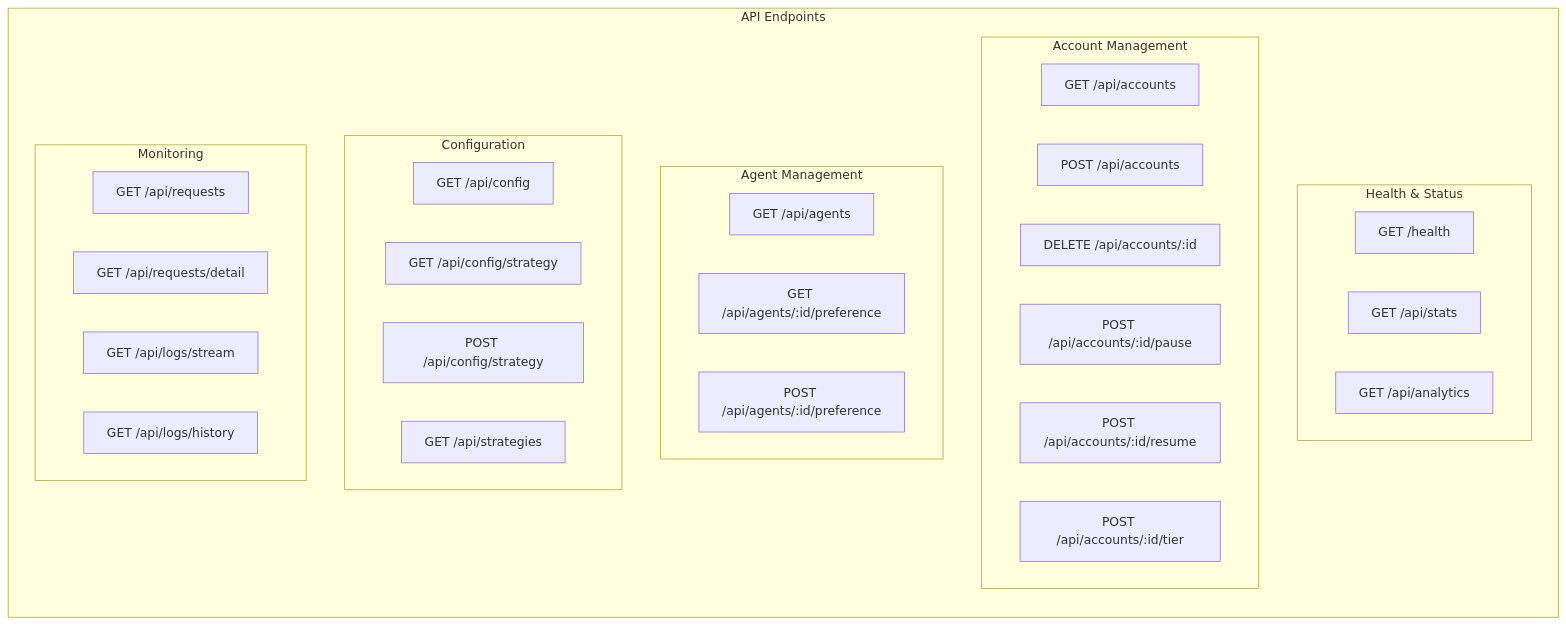
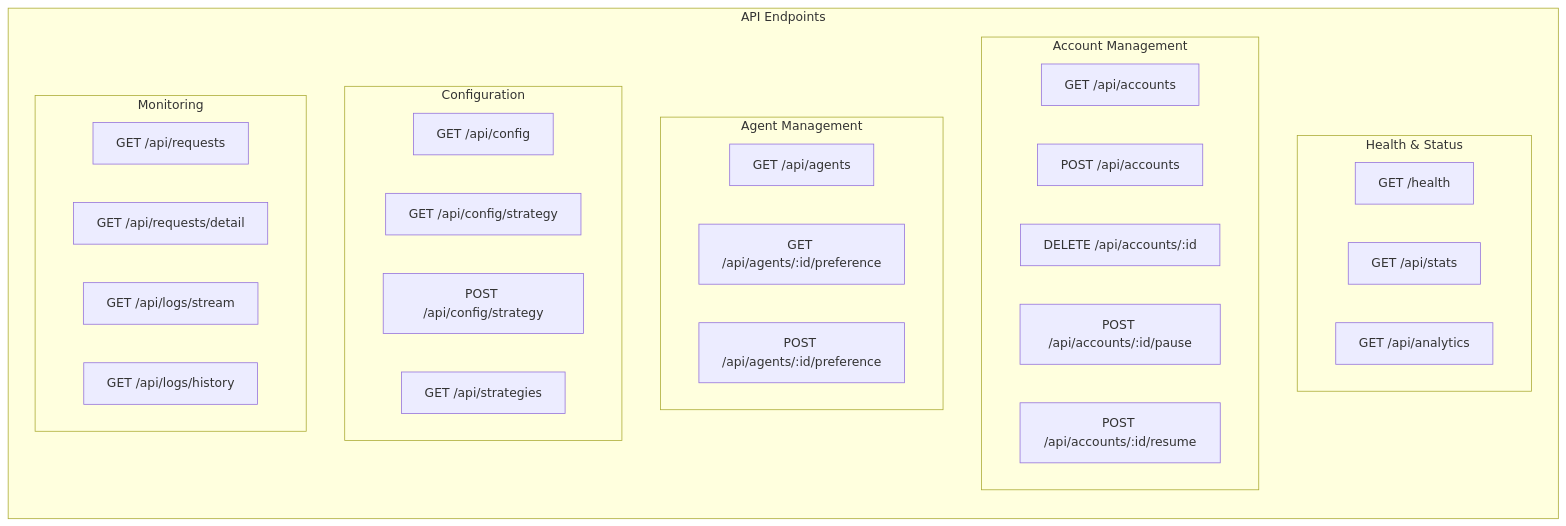
One commit to tombii/better-ccflare changed diagram 13 of 25 in docs/architecture.md. Above: the diagram before and after it, drawn with Mermaid. The commit also changed other lines of this file and 37 other files, not shown here.

````diff
--- a/docs/architecture.md
+++ b/docs/architecture.md
@@ -644,39 +643,38 @@
 ```mermaid
 graph LR
     subgraph "API Endpoints"
         subgraph "Health & Status"
             HEALTH[GET /health]
             STATS[GET /api/stats]
             ANALYTICS[GET /api/analytics]
         end
         
         subgraph "Account Management"
             LIST_ACC[GET /api/accounts]
             ADD_ACC[POST /api/accounts]
             DEL_ACC[DELETE /api/accounts/:id]
             PAUSE_ACC[POST /api/accounts/:id/pause]
             RESUME_ACC[POST /api/accounts/:id/resume]
-            TIER_ACC[POST /api/accounts/:id/tier]
         end
         
         subgraph "Agent Management"
             LIST_AGENTS[GET /api/agents]
             GET_PREF[GET /api/agents/:id/preference]
             SET_PREF[POST /api/agents/:id/preference]
         end
         
         subgraph "Configuration"
             GET_CFG[GET /api/config]
             GET_STRAT[GET /api/config/strategy]
             SET_STRAT[POST /api/config/strategy]
             LIST_STRAT[GET /api/strategies]
         end
         
         subgraph "Monitoring"
             REQ_SUM[GET /api/requests]
             REQ_DET[GET /api/requests/detail]
             LOG_STREAM[GET /api/logs/stream]
             LOG_HIST[GET /api/logs/history]
         end
     end
 ```
````
